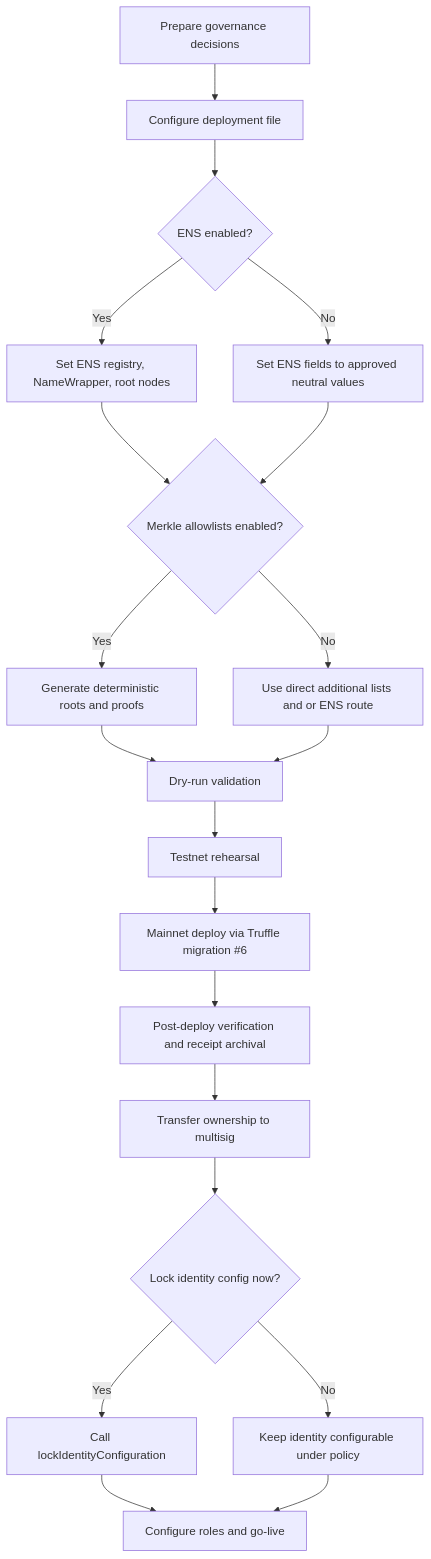
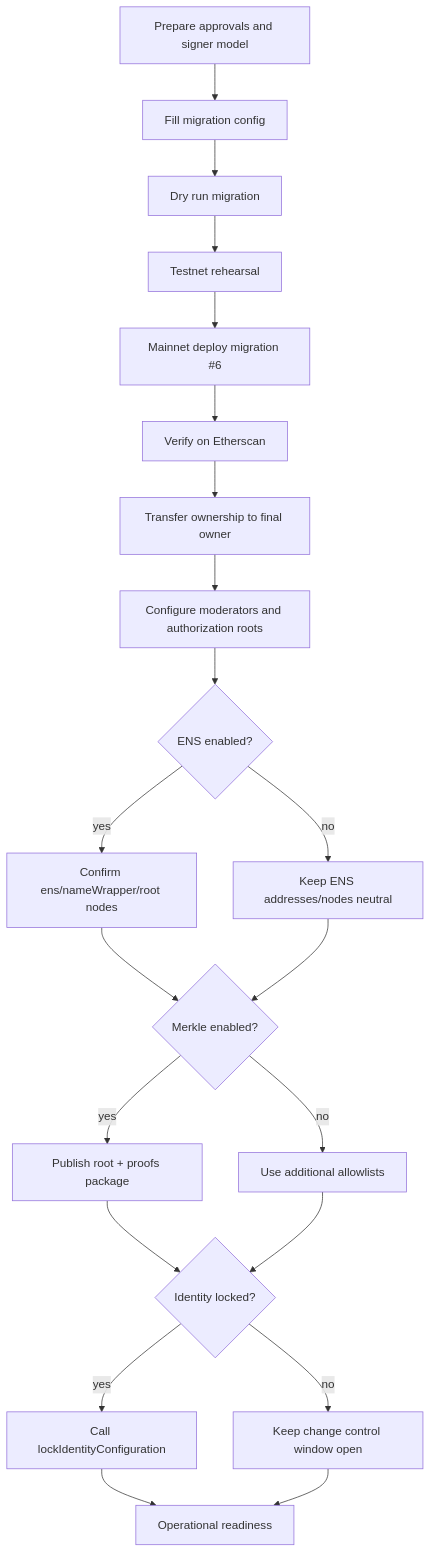
One commit to MontrealAI/AGIJobManager changed the first of 4 diagrams in docs/DEPLOYMENT/OWNER_MAINNET_DEPLOYMENT_AND_OPERATIONS_GUIDE.md. Above: the diagram before and after it, drawn with Mermaid. The commit also changed other lines of this file and 2 other files, not shown here.

Commit message:
docs: add owner-focused mainnet deployment and operations guide

````diff
--- a/docs/DEPLOYMENT/OWNER_MAINNET_DEPLOYMENT_AND_OPERATIONS_GUIDE.md
+++ b/docs/DEPLOYMENT/OWNER_MAINNET_DEPLOYMENT_AND_OPERATIONS_GUIDE.md
@@ -70,22 +124,23 @@
 ```mermaid
 flowchart TD
-  A[Prepare governance decisions] --> B[Configure deployment file]
-  B --> C{ENS enabled?}
-  C -- Yes --> C1[Set ENS registry, NameWrapper, root nodes]
-  C -- No --> C2[Set ENS fields to approved neutral values]
-  C1 --> D{Merkle allowlists enabled?}
-  C2 --> D
-  D -- Yes --> D1[Generate deterministic roots and proofs]
-  D -- No --> D2[Use direct additional lists and or ENS route]
-  D1 --> E[Dry-run validation]
-  D2 --> E
-  E --> F[Testnet rehearsal]
-  F --> G[Mainnet deploy via Truffle migration #6]
-  G --> H[Post-deploy verification and receipt archival]
-  H --> I[Transfer ownership to multisig]
-  I --> J{Lock identity config now?}
-  J -- Yes --> J1[Call lockIdentityConfiguration]
-  J -- No --> J2[Keep identity configurable under policy]
-  J1 --> K[Configure roles and go-live]
+  A[Prepare approvals and signer model] --> B[Fill migration config]
+  B --> C[Dry run migration]
+  C --> D[Testnet rehearsal]
+  D --> E[Mainnet deploy migration #6]
+  E --> F[Verify on Etherscan]
+  F --> G[Transfer ownership to final owner]
+  G --> H[Configure moderators and authorization roots]
+  H --> I{ENS enabled?}
+  I -- yes --> I1[Confirm ens/nameWrapper/root nodes]
+  I -- no --> I2[Keep ENS addresses/nodes neutral]
+  I1 --> J{Merkle enabled?}
+  I2 --> J
+  J -- yes --> J1[Publish root + proofs package]
+  J -- no --> J2[Use additional allowlists]
+  J1 --> K{Identity locked?}
   J2 --> K
+  K -- yes --> K1[Call lockIdentityConfiguration]
+  K -- no --> K2[Keep change control window open]
+  K1 --> L[Operational readiness]
+  K2 --> L
 ```
````
